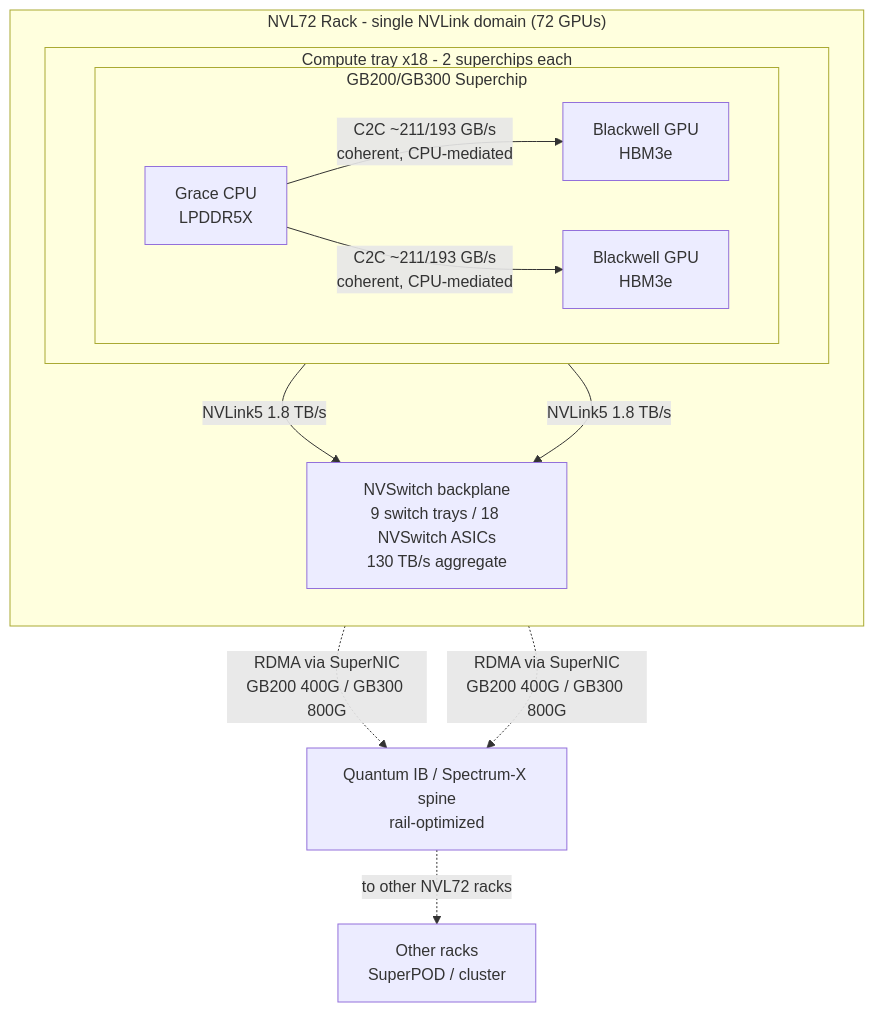
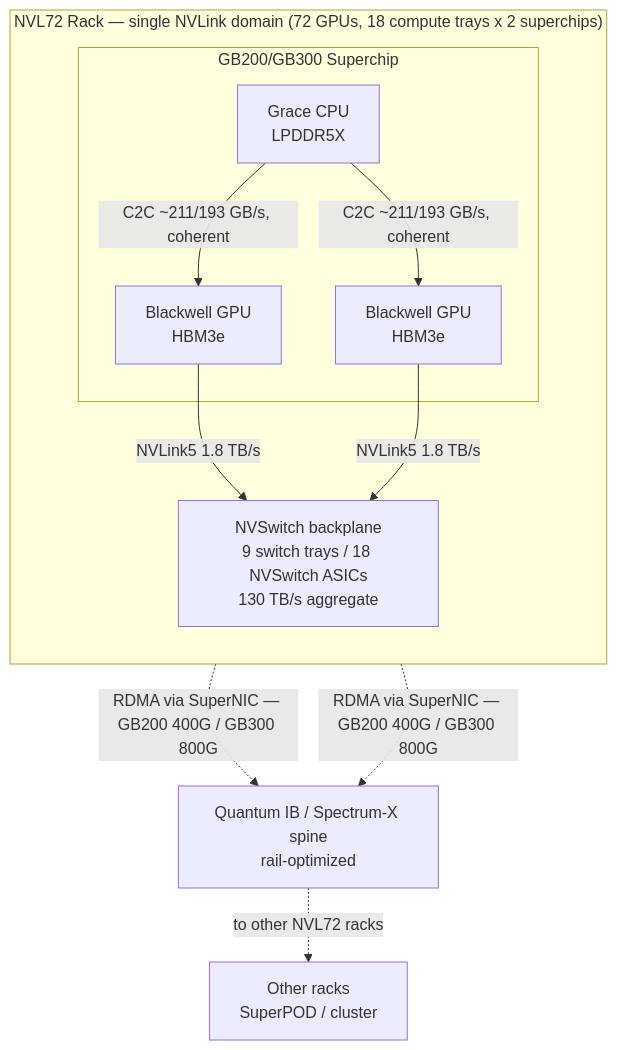
One commit to dfwguy/validation changed the first of 11 diagrams in nvl72.md. Above: the diagram before and after it, drawn with Mermaid. The commit also changed other lines of this file, not shown here.

First line of the commit message:
Fix Mermaid 10.7.0 syntax errors in six diagrams

````diff
--- a/nvl72.md
+++ b/nvl72.md
@@ -27,26 +27,23 @@
 ```mermaid
 flowchart TB
-    subgraph RACK["NVL72 Rack - single NVLink domain (72 GPUs)"]
+    subgraph RACK["NVL72 Rack — single NVLink domain (72 GPUs, 18 compute trays x 2 superchips)"]
         direction TB
-        subgraph TRAY["Compute tray x18 - 2 superchips each"]
-            direction LR
-            subgraph SC1["GB200/GB300 Superchip"]
-                G1["Grace CPU<br/>LPDDR5X"]
-                B1["Blackwell GPU<br/>HBM3e"]
-                B2["Blackwell GPU<br/>HBM3e"]
-                G1 -- "C2C ~211/193 GB/s<br/>coherent, CPU-mediated" --> B1
-                G1 -- "C2C ~211/193 GB/s<br/>coherent, CPU-mediated" --> B2
-            end
+        subgraph SC1["GB200/GB300 Superchip"]
+            G1["Grace CPU<br/>LPDDR5X"]
+            B1["Blackwell GPU<br/>HBM3e"]
+            B2["Blackwell GPU<br/>HBM3e"]
+            G1 -- "C2C ~211/193 GB/s, coherent" --> B1
+            G1 -- "C2C ~211/193 GB/s, coherent" --> B2
         end
         NVS["NVSwitch backplane<br/>9 switch trays / 18 NVSwitch ASICs<br/>130 TB/s aggregate"]
         B1 -- "NVLink5 1.8 TB/s" --> NVS
         B2 -- "NVLink5 1.8 TB/s" --> NVS
     end
 
     SPINE["Quantum IB / Spectrum-X spine<br/>rail-optimized"]
     OTHER["Other racks<br/>SuperPOD / cluster"]
 
-    B1 -. "RDMA via SuperNIC<br/>GB200 400G / GB300 800G" .-> SPINE
-    B2 -. "RDMA via SuperNIC<br/>GB200 400G / GB300 800G" .-> SPINE
+    B1 -. "RDMA via SuperNIC — GB200 400G / GB300 800G" .-> SPINE
+    B2 -. "RDMA via SuperNIC — GB200 400G / GB300 800G" .-> SPINE
     SPINE -. "to other NVL72 racks" .-> OTHER
 ```
````
